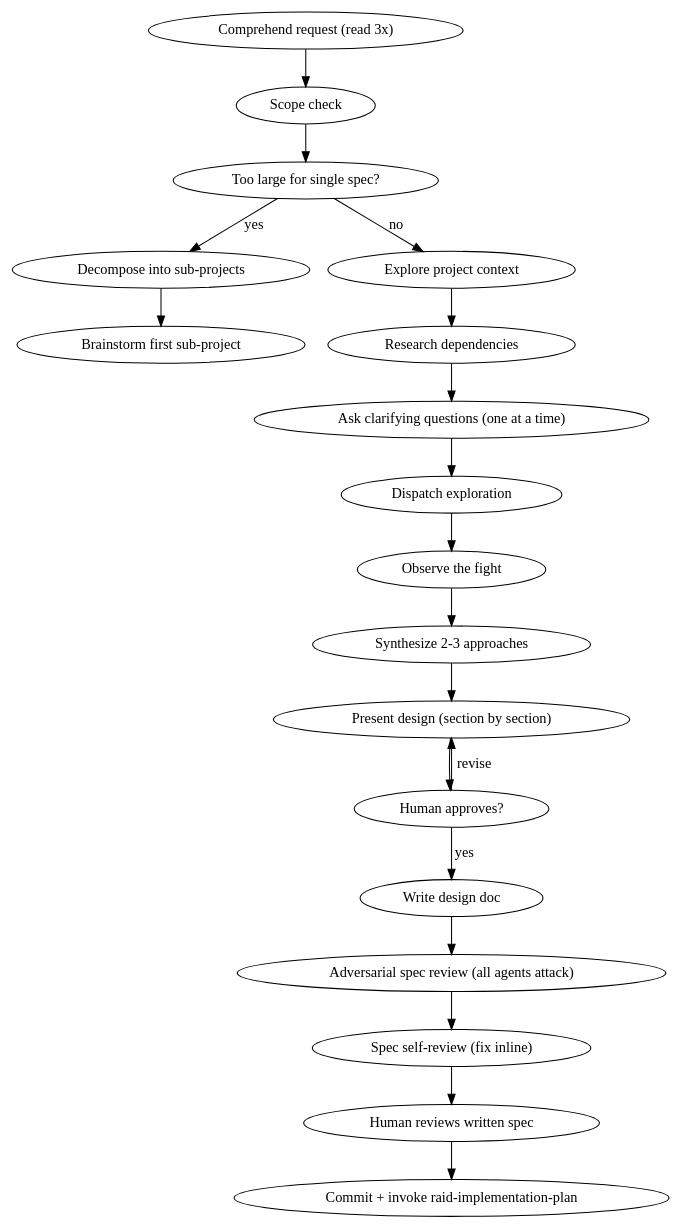
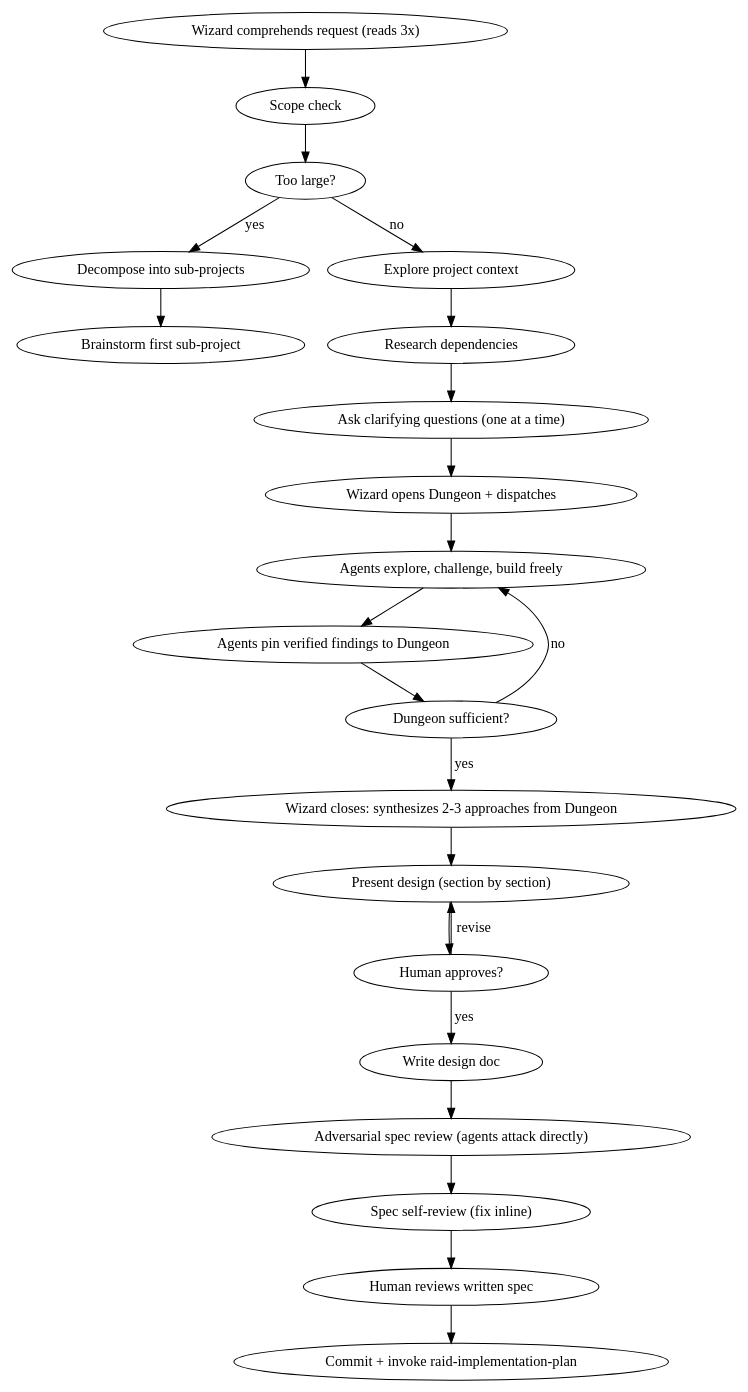
Before and after one commit to pedropicardi/claude-raid: the diagram in template/.claude/skills/raid-design/SKILL.md, drawn with Graphviz. The commit also changed other lines of this file, not shown here.

Commit message:
feat(skills): rewrite raid-design with Dungeon and agent-driven exploration

````diff
--- a/template/.claude/skills/raid-design/SKILL.md
+++ b/template/.claude/skills/raid-design/SKILL.md
@@ -22,22 +22,25 @@
 ```dot
 digraph design {
-  "Comprehend request (read 3x)" -> "Scope check";
-  "Scope check" -> "Too large for single spec?" [shape=diamond];
-  "Too large for single spec?" -> "Decompose into sub-projects" [label="yes"];
+  "Wizard comprehends request (reads 3x)" -> "Scope check";
+  "Scope check" -> "Too large?" [shape=diamond];
+  "Too large?" -> "Decompose into sub-projects" [label="yes"];
   "Decompose into sub-projects" -> "Brainstorm first sub-project";
-  "Too large for single spec?" -> "Explore project context" [label="no"];
+  "Too large?" -> "Explore project context" [label="no"];
   "Explore project context" -> "Research dependencies";
   "Research dependencies" -> "Ask clarifying questions (one at a time)";
-  "Ask clarifying questions (one at a time)" -> "Dispatch exploration";
-  "Dispatch exploration" -> "Observe the fight";
-  "Observe the fight" -> "Synthesize 2-3 approaches";
-  "Synthesize 2-3 approaches" -> "Present design (section by section)";
+  "Ask clarifying questions (one at a time)" -> "Wizard opens Dungeon + dispatches";
+  "Wizard opens Dungeon + dispatches" -> "Agents explore, challenge, build freely";
+  "Agents explore, challenge, build freely" -> "Agents pin verified findings to Dungeon";
+  "Agents pin verified findings to Dungeon" -> "Dungeon sufficient?" [shape=diamond];
+  "Dungeon sufficient?" -> "Agents explore, challenge, build freely" [label="no"];
+  "Dungeon sufficient?" -> "Wizard closes: synthesizes 2-3 approaches from Dungeon" [label="yes"];
+  "Wizard closes: synthesizes 2-3 approaches from Dungeon" -> "Present design (section by section)";
   "Present design (section by section)" -> "Human approves?" [shape=diamond];
   "Human approves?" -> "Present design (section by section)" [label="revise"];
   "Human approves?" -> "Write design doc" [label="yes"];
-  "Write design doc" -> "Adversarial spec review (all agents attack)";
-  "Adversarial spec review (all agents attack)" -> "Spec self-review (fix inline)";
+  "Write design doc" -> "Adversarial spec review (agents attack directly)";
+  "Adversarial spec review (agents attack directly)" -> "Spec self-review (fix inline)";
   "Spec self-review (fix inline)" -> "Human reviews written spec";
   "Human reviews written spec" -> "Commit + invoke raid-implementation-plan" [shape=doublecircle];
 }
 ```
````
